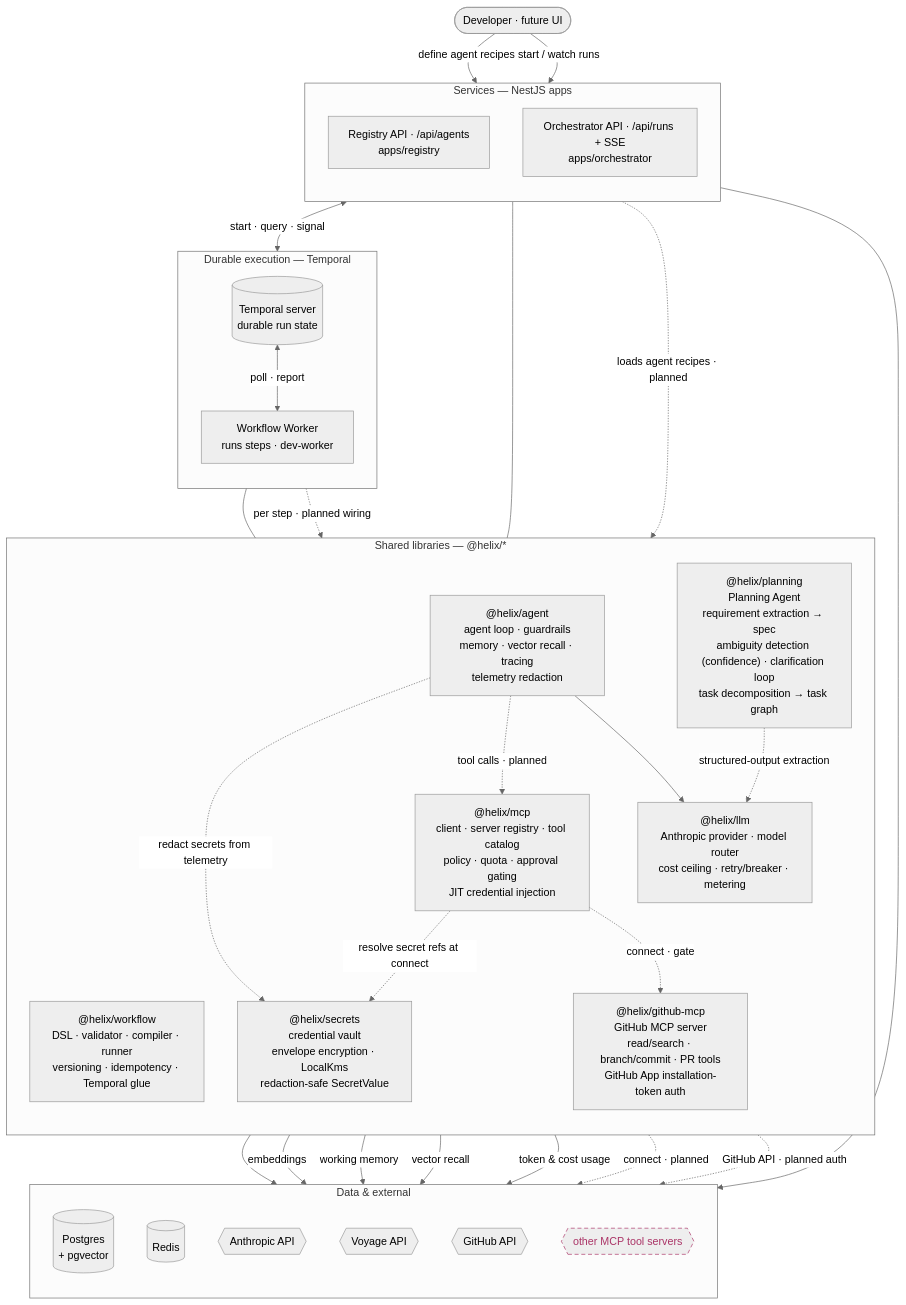
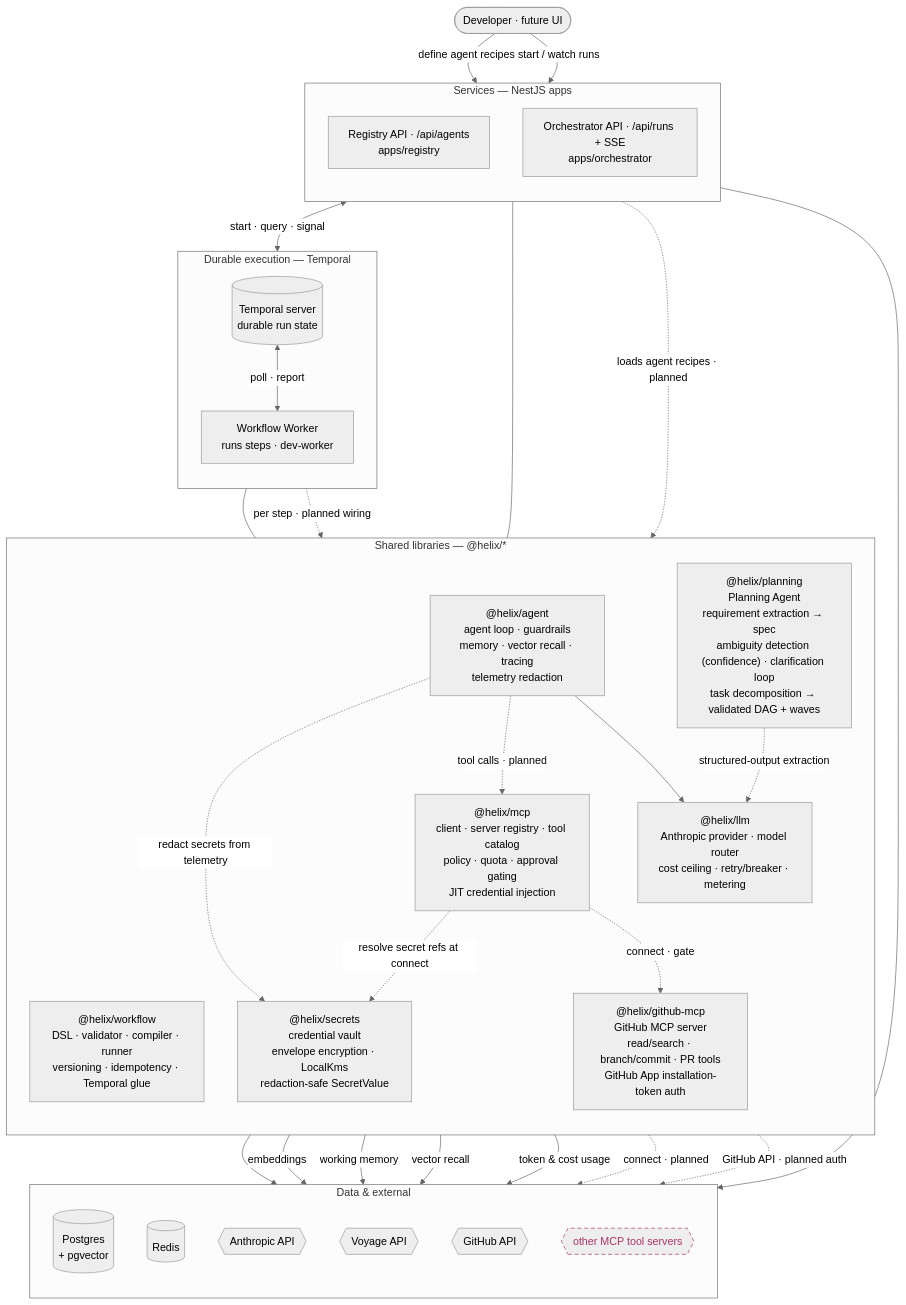
One commit to shhashhank/helix changed the first of 2 diagrams in docs/ARCHITECTURE.md. Above: the diagram before and after it, drawn with Mermaid (neutral theme). The commit also changed 4 other files, not shown here.

````diff
--- a/docs/ARCHITECTURE.md
+++ b/docs/ARCHITECTURE.md
@@ -16,63 +16,63 @@
 ```mermaid
 flowchart TB
   user([Developer · future UI])
 
   subgraph svc["Services — NestJS apps"]
     direction TB
     reg["Registry API · /api/agents<br/>apps/registry"]
     orc["Orchestrator API · /api/runs + SSE<br/>apps/orchestrator"]
   end
 
   subgraph dur["Durable execution — Temporal"]
     direction TB
     tmp[("Temporal server<br/>durable run state")]
     wkr["Workflow Worker<br/>runs steps · dev-worker"]
   end
 
   subgraph lib["Shared libraries — @helix/*"]
     direction TB
     wf["@helix/workflow<br/>DSL · validator · compiler · runner<br/>versioning · idempotency · Temporal glue"]
     ag["@helix/agent<br/>agent loop · guardrails<br/>memory · vector recall · tracing<br/>telemetry redaction"]
     lm["@helix/llm<br/>Anthropic provider · model router<br/>cost ceiling · retry/breaker · metering"]
     mc["@helix/mcp<br/>client · server registry · tool catalog<br/>policy · quota · approval gating<br/>JIT credential injection"]
     gh["@helix/github-mcp<br/>GitHub MCP server<br/>read/search · branch/commit · PR tools<br/>GitHub App installation-token auth"]
     sec["@helix/secrets<br/>credential vault<br/>envelope encryption · LocalKms<br/>redaction-safe SecretValue"]
-    pl["@helix/planning<br/>Planning Agent<br/>requirement extraction → spec<br/>ambiguity detection (confidence) · clarification loop<br/>task decomposition → task graph"]
+    pl["@helix/planning<br/>Planning Agent<br/>requirement extraction → spec<br/>ambiguity detection (confidence) · clarification loop<br/>task decomposition → validated DAG + waves"]
   end
 
   subgraph dat["Data & external"]
     direction TB
     pg[("Postgres<br/>+ pgvector")]
     rd[("Redis")]
     an{{Anthropic API}}
     vo{{Voyage API}}
     gha{{GitHub API}}
     ext{{other MCP tool servers}}
   end
 
   user -->|define agent recipes| reg
   user -->|start / watch runs| orc
   reg --> pg
   orc <-->|start · query · signal| tmp
   tmp <-->|poll · report| wkr
   wkr --- wf
   orc --- wf
   wkr -.->|per step · planned wiring| ag
   reg -.->|loads agent recipes · planned| ag
   ag --> lm
   ag -.->|tool calls · planned| mc
   lm --> an
   ag -->|embeddings| vo
   ag -->|working memory| rd
   ag -->|vector recall| pg
   lm -->|token & cost usage| pg
   mc -.->|connect · gate| gh
   mc -.->|connect · planned| ext
   mc -.->|resolve secret refs at connect| sec
   ag -.->|redact secrets from telemetry| sec
   pl -.->|structured-output extraction| lm
   gh -.->|GitHub API · planned auth| gha
 
   classDef planned stroke-dasharray:6 4,stroke:#a36,color:#a36;
   class ext planned;
 ```
````
